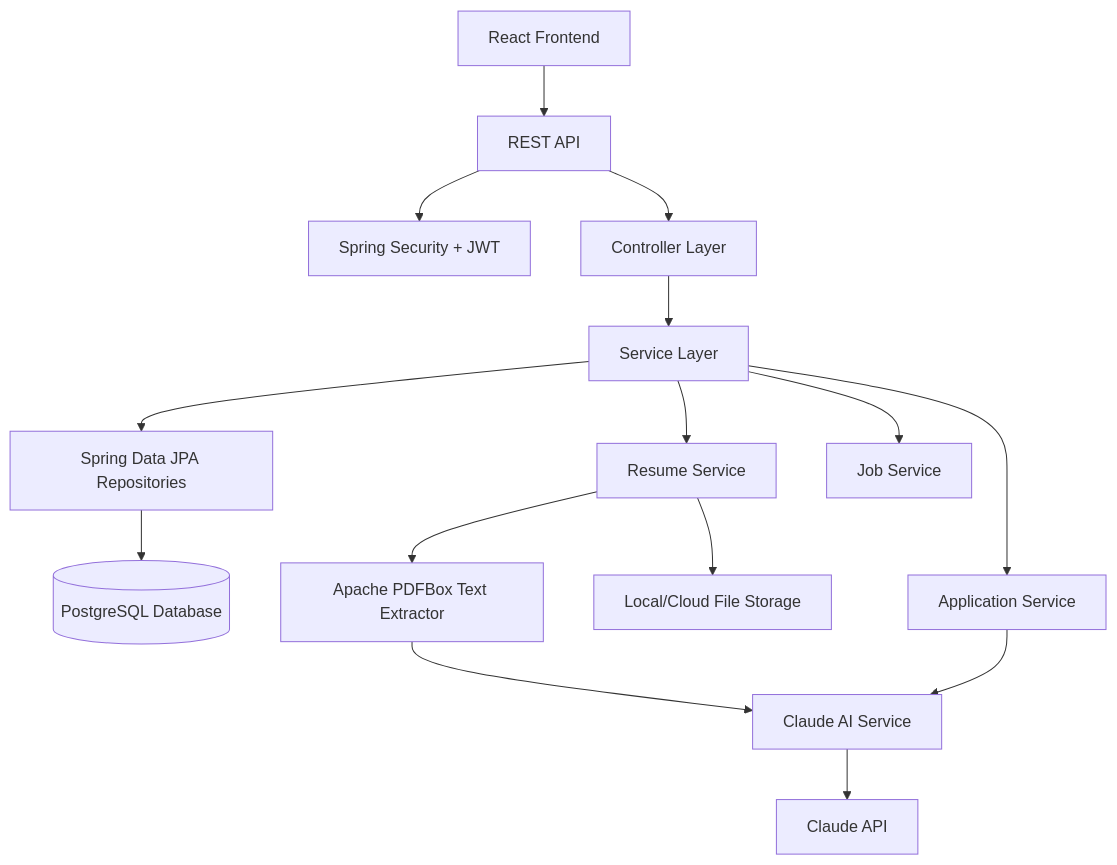
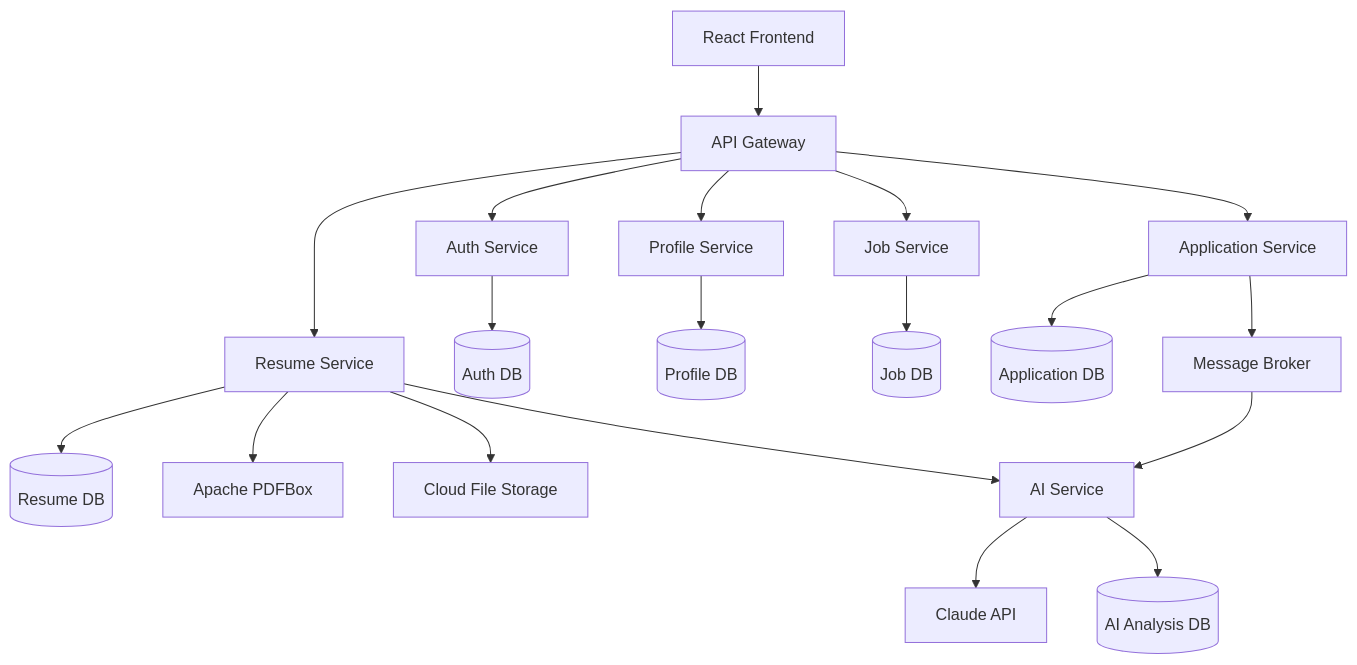
Before and after one commit to jayanttomar/SmartHire-AI-Backend: the fourth of 7 diagrams in docs/project-design.md, drawn with Mermaid. The commit also changed other lines of this file and 11 other files, not shown here.

````diff
--- a/docs/project-design.md
+++ b/docs/project-design.md
@@ -152,20 +152,23 @@
 ```mermaid
 flowchart TD
-    A[React Frontend] --> B[REST API]
+    A[React Frontend] --> B[API Gateway]
+    B --> C[Auth Service]
+    B --> D[Profile Service]
+    B --> E[Job Service]
+    B --> F[Resume Service]
+    B --> G[Application Service]
 
-    B --> C[Spring Security + JWT]
-    B --> D[Controller Layer]
-    D --> E[Service Layer]
-    E --> F[Spring Data JPA Repositories]
-    F --> G[(PostgreSQL Database)]
+    C --> H[(Auth DB)]
+    D --> I[(Profile DB)]
+    E --> J[(Job DB)]
+    F --> K[(Resume DB)]
+    G --> L[(Application DB)]
 
-    E --> H[Resume Service]
-    H --> I[Apache PDFBox Text Extractor]
-    I --> J[Claude AI Service]
-    J --> K[Claude API]
-
-    H --> L[Local/Cloud File Storage]
-    E --> M[Job Service]
-    E --> N[Application Service]
-    N --> J
+    F --> M[Apache PDFBox]
+    F --> N[Cloud File Storage]
+    F --> O[AI Service]
+    G --> P[Message Broker]
+    P --> O
+    O --> Q[Claude API]
+    O --> R[(AI Analysis DB)]
 ```
````
